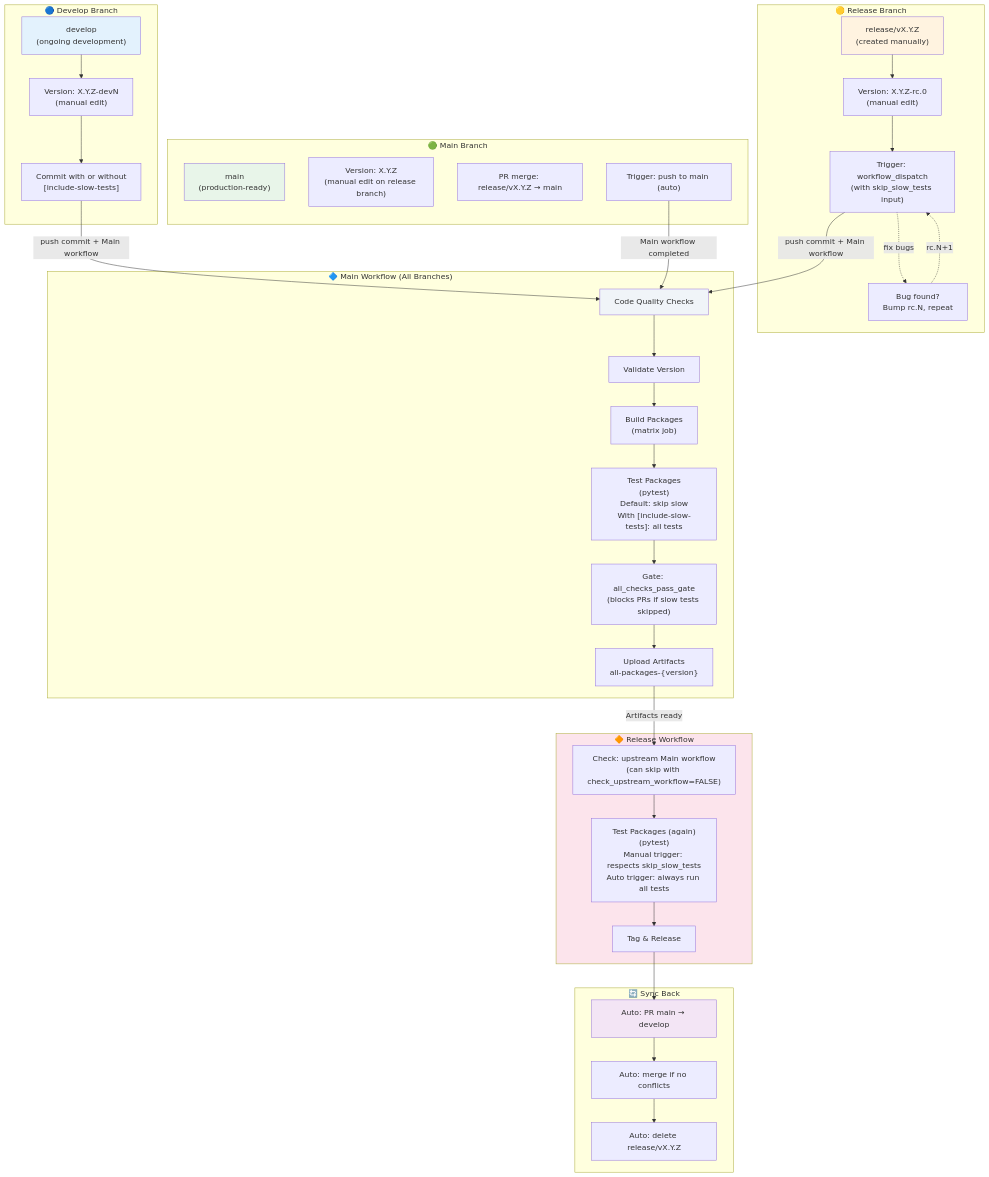
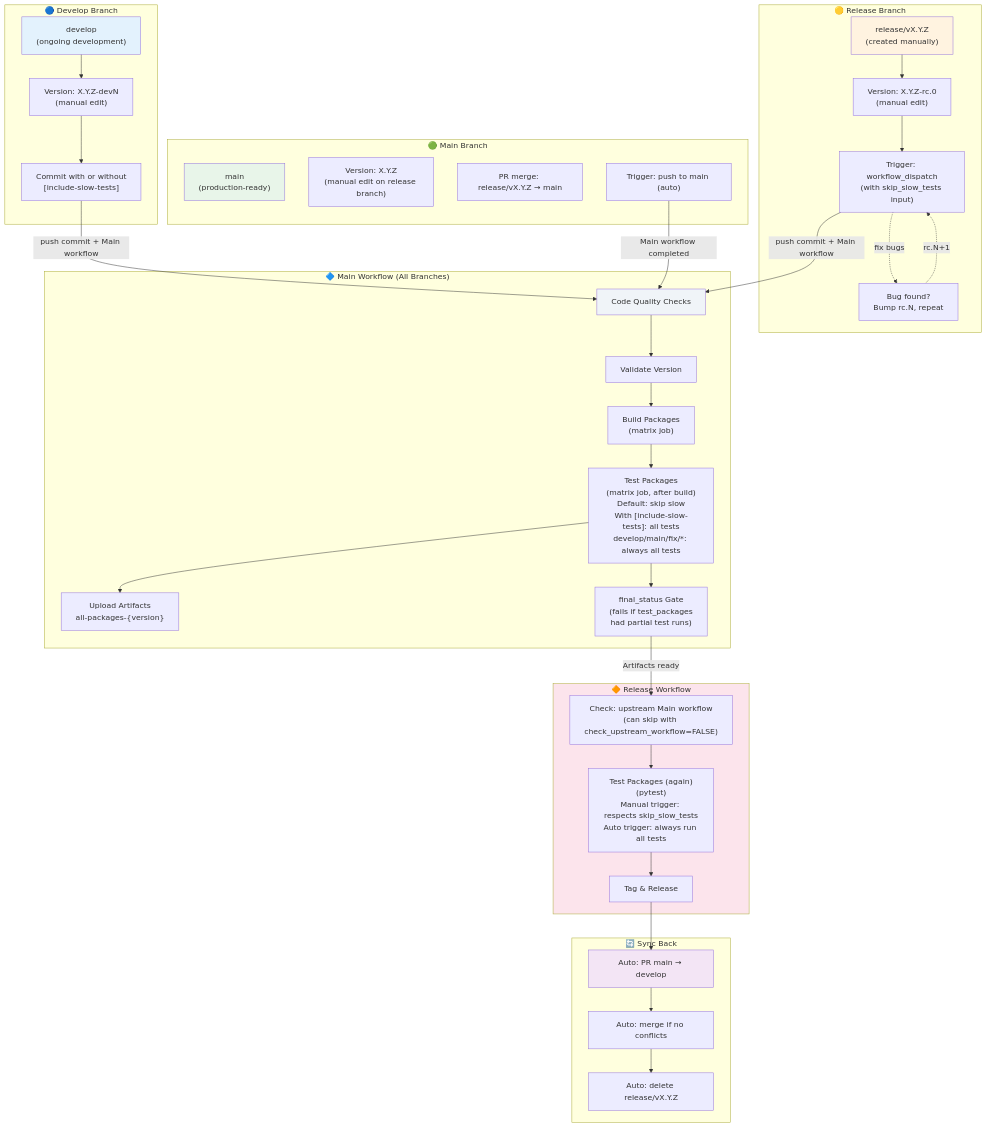
One commit to abhi8893/genai-shopping-assistant changed the diagram in RELEASING.md. Above: the diagram before and after it, drawn with Mermaid. The commit also changed other lines of this file and 3 other files, not shown here.

Commit message:
fix: run all tests if branch is develop, main (#274)

````diff
--- a/RELEASING.md
+++ b/RELEASING.md
@@ -746,63 +751,64 @@
 ```mermaid
 graph TD
     subgraph develop["🔵 Develop Branch"]
         D1["develop<br/>(ongoing development)"]
         D2["Version: X.Y.Z-devN<br/>(manual edit)"]
         D3["Commit with or without<br/>[include-slow-tests]"]
         D1 --> D2 --> D3
     end
 
     subgraph release["🟡 Release Branch"]
         R1["release/vX.Y.Z<br/>(created manually)"]
         R2["Version: X.Y.Z-rc.0<br/>(manual edit)"]
         R3["Trigger: workflow_dispatch<br/>(with skip_slow_tests input)"]
         R4["Bug found?<br/>Bump rc.N, repeat"]
         R1 --> R2 --> R3
         R3 -.->|fix bugs| R4
         R4 -.->|rc.N+1| R3
     end
 
     subgraph main_workflow["🔷 Main Workflow (All Branches)"]
         MW1["Code Quality Checks"]
         MW2["Validate Version"]
         MW3["Build Packages<br/>(matrix job)"]
-        MW4["Test Packages<br/>(pytest)<br/>Default: skip slow<br/>With [include-slow-tests]: all tests"]
-        MW5["Gate: all_checks_pass_gate<br/>(blocks PRs if slow tests skipped)"]
-        MW6["Upload Artifacts<br/>all-packages-{version}"]
-        MW1 --> MW2 --> MW3 --> MW4 --> MW5 --> MW6
+        MW4["Test Packages<br/>(matrix job, after build)<br/>Default: skip slow<br/>With [include-slow-tests]: all tests<br/>develop/main/fix/*: always all tests"]
+        MW5["Upload Artifacts<br/>all-packages-{version}"]
+        MW6["final_status Gate<br/>(fails if test_packages<br/>had partial test runs)"]
+        MW1 --> MW2 --> MW3 --> MW4 --> MW5
+        MW4 --> MW6
     end
 
     subgraph main["🟢 Main Branch"]
         M1["main<br/>(production-ready)"]
         M2["Version: X.Y.Z<br/>(manual edit on release branch)"]
         M3["PR merge: release/vX.Y.Z → main"]
         M4["Trigger: push to main (auto)"]
     end
 
     subgraph release_workflow["🔶 Release Workflow"]
         R5["Check: upstream Main workflow<br/>(can skip with check_upstream_workflow=FALSE)"]
         R6["Test Packages (again)<br/>(pytest)<br/>Manual trigger: respects skip_slow_tests<br/>Auto trigger: always run all tests"]
         R7["Tag & Release"]
         R5 --> R6 --> R7
     end
 
     subgraph sync["🔄 Sync Back"]
         S1["Auto: PR main → develop"]
         S2["Auto: merge if no conflicts"]
         S3["Auto: delete release/vX.Y.Z"]
         S1 --> S2 --> S3
     end
 
     D3 -->|push commit + Main workflow| MW1
     R3 -->|push commit + Main workflow| MW1
     M4 -->|Main workflow completed| MW1
     MW6 -->|Artifacts ready| R5
     R7 --> S1
 
     style D1 fill:#e3f2fd
     style R1 fill:#fff3e0
     style M1 fill:#e8f5e9
     style S1 fill:#f3e5f5
     style MW1 fill:#f0f4f8
     style release_workflow fill:#fce4ec
 ```
````
